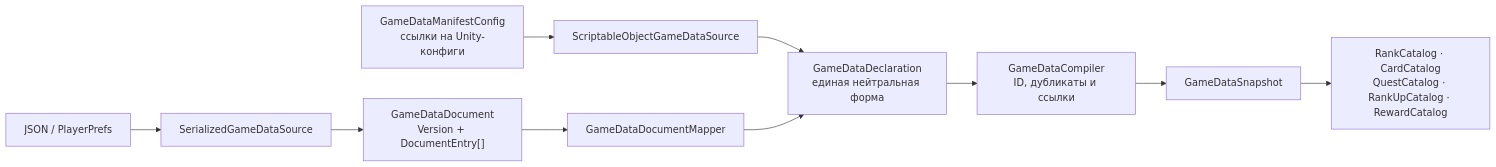
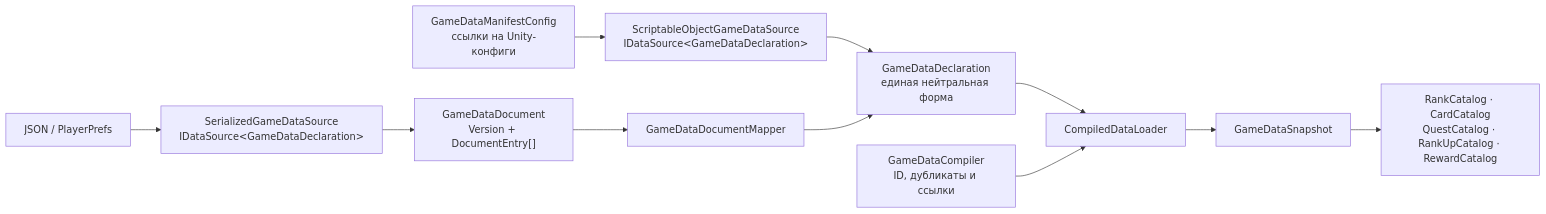
Before and after one commit to SmailikMailik/ll-test: the first of 3 diagrams in Documentation/Architecture/Game-And-User-Data.md, drawn with Mermaid. The commit also changed other lines of this file and 62 other files, not shown here.

````diff
--- a/Documentation/Architecture/Game-And-User-Data.md
+++ b/Documentation/Architecture/Game-And-User-Data.md
@@ -40,23 +41,25 @@
 ```mermaid
 flowchart LR
     Manifest["GameDataManifestConfig<br/>ссылки на Unity-конфиги"]
     Json["JSON / PlayerPrefs"]
-    SO_Source["ScriptableObjectGameDataSource"]
-    Serialized_Source["SerializedGameDataSource"]
+    SO_Source["ScriptableObjectGameDataSource<br/>IDataSource&lt;GameDataDeclaration&gt;"]
+    Serialized_Source["SerializedGameDataSource<br/>IDataSource&lt;GameDataDeclaration&gt;"]
     Document["GameDataDocument<br/>Version + DocumentEntry[]"]
     Mapper["GameDataDocumentMapper"]
     Declaration["GameDataDeclaration<br/>единая нейтральная форма"]
+    Loader["CompiledDataLoader"]
     Compiler["GameDataCompiler<br/>ID, дубликаты и ссылки"]
     Snapshot["GameDataSnapshot"]
     Catalogs["RankCatalog · CardCatalog<br/>QuestCatalog · RankUpCatalog · RewardCatalog"]
 
     Manifest --> SO_Source
     SO_Source --> Declaration
     Json --> Serialized_Source
     Serialized_Source --> Document
     Document --> Mapper
     Mapper --> Declaration
-    Declaration --> Compiler
-    Compiler --> Snapshot
+    Declaration --> Loader
+    Compiler --> Loader
+    Loader --> Snapshot
     Snapshot --> Catalogs
 ```
````
